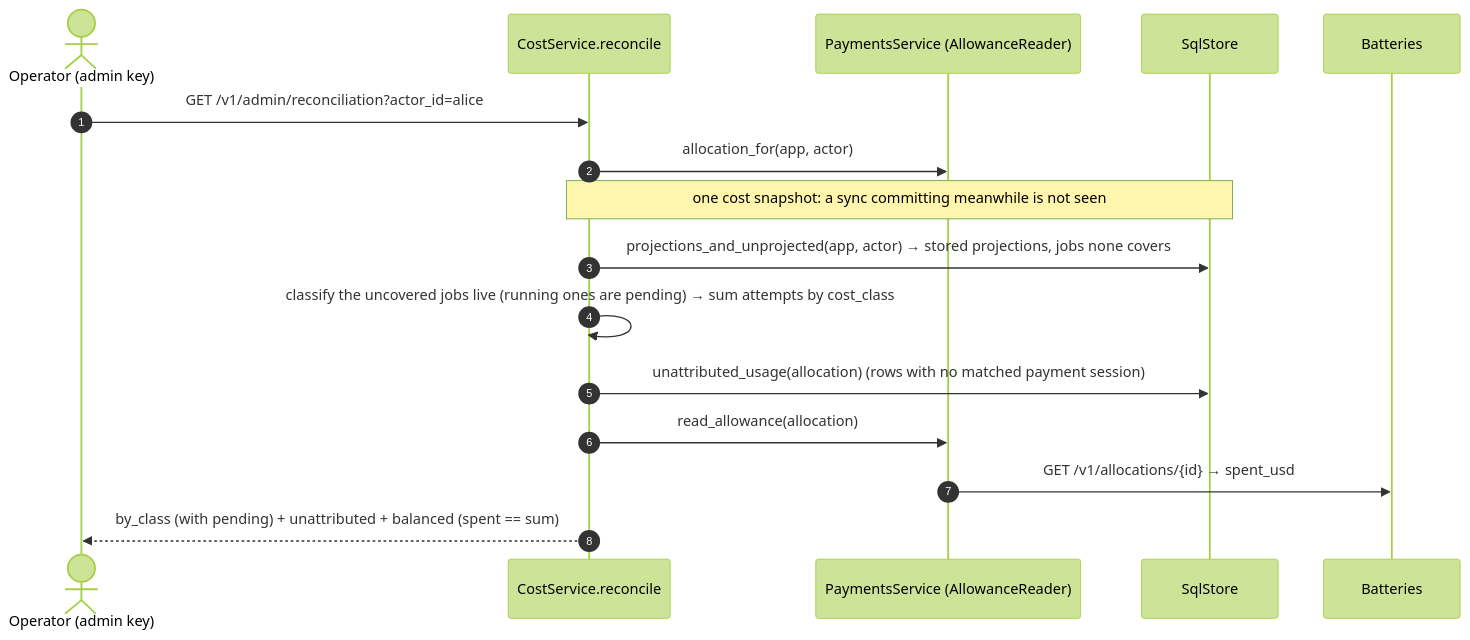
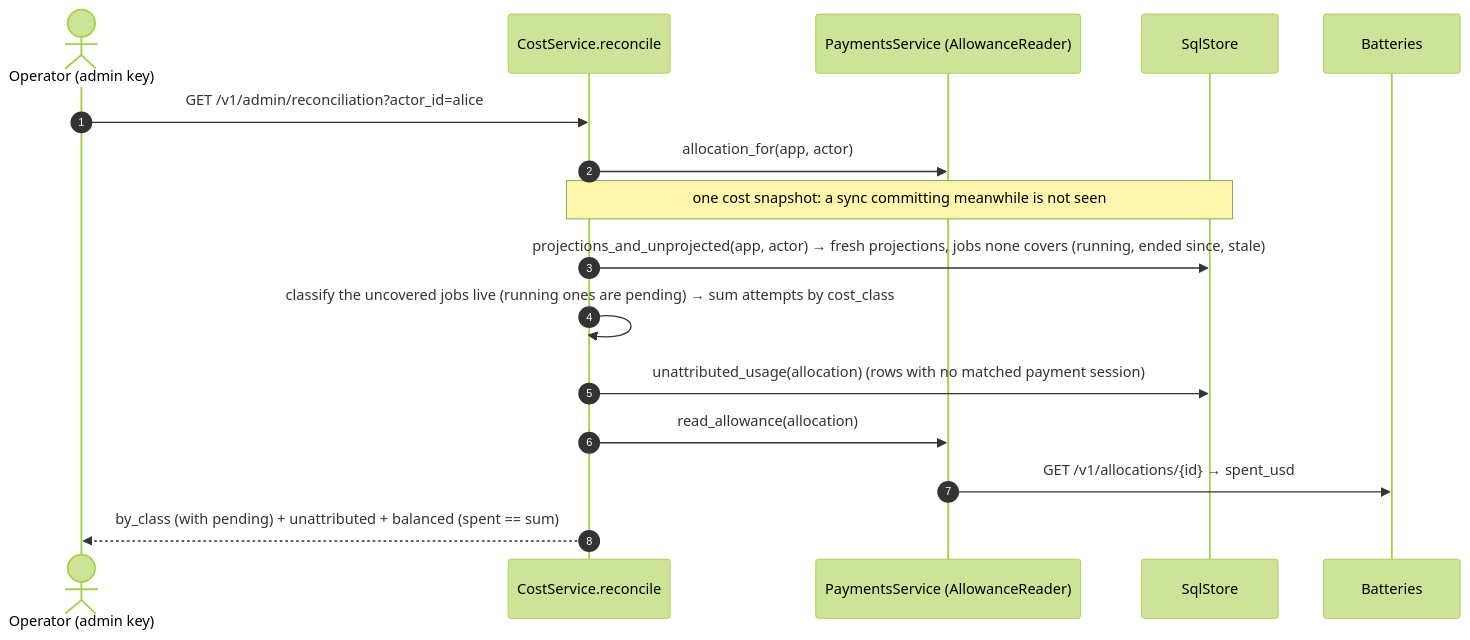
Before and after one commit to NE-Build-Track/livepeer-builder-core: the eighth of 12 diagrams in docs/design-docs/architecture-diagrams.md, drawn with Mermaid (forest theme). The commit also changed other lines of this file and 11 other files, not shown here.

````diff
--- a/docs/design-docs/architecture-diagrams.md
+++ b/docs/design-docs/architecture-diagrams.md
@@ -267,18 +267,18 @@
 ```mermaid
 sequenceDiagram
     autonumber
     actor Op as Operator (admin key)
     participant C as CostService.reconcile
     participant Pay as PaymentsService (AllowanceReader)
     participant DB as SqlStore
     participant Bat as Batteries
     Op->>C: GET /v1/admin/reconciliation?actor_id=alice
     C->>Pay: allocation_for(app, actor)
     Note over C,DB: one cost snapshot: a sync committing meanwhile is not seen
-    C->>DB: projections_and_unprojected(app, actor) → stored projections, jobs none covers
+    C->>DB: projections_and_unprojected(app, actor) → fresh projections, jobs none covers (running, ended since, stale)
     C->>C: classify the uncovered jobs live (running ones are pending) → sum attempts by cost_class
     C->>DB: unattributed_usage(allocation) (rows with no matched payment session)
     C->>Pay: read_allowance(allocation)
     Pay->>Bat: GET /v1/allocations/{id} → spent_usd
     C-->>Op: by_class (with pending) + unattributed + balanced (spent == sum)
 ```
````
